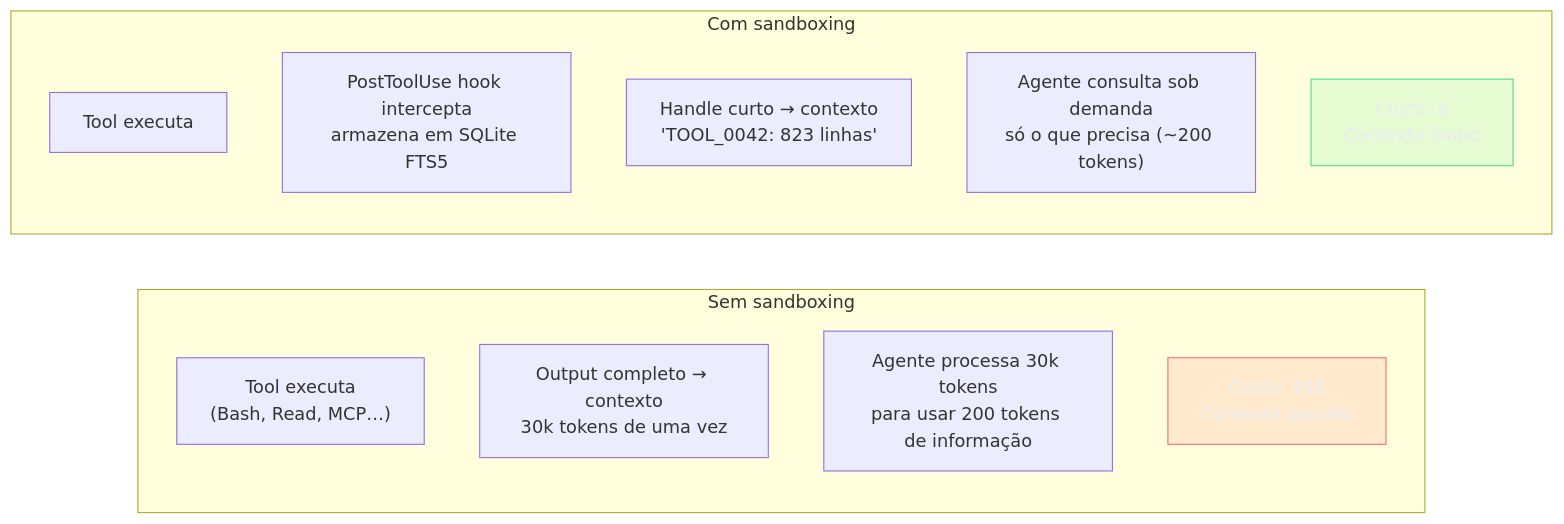
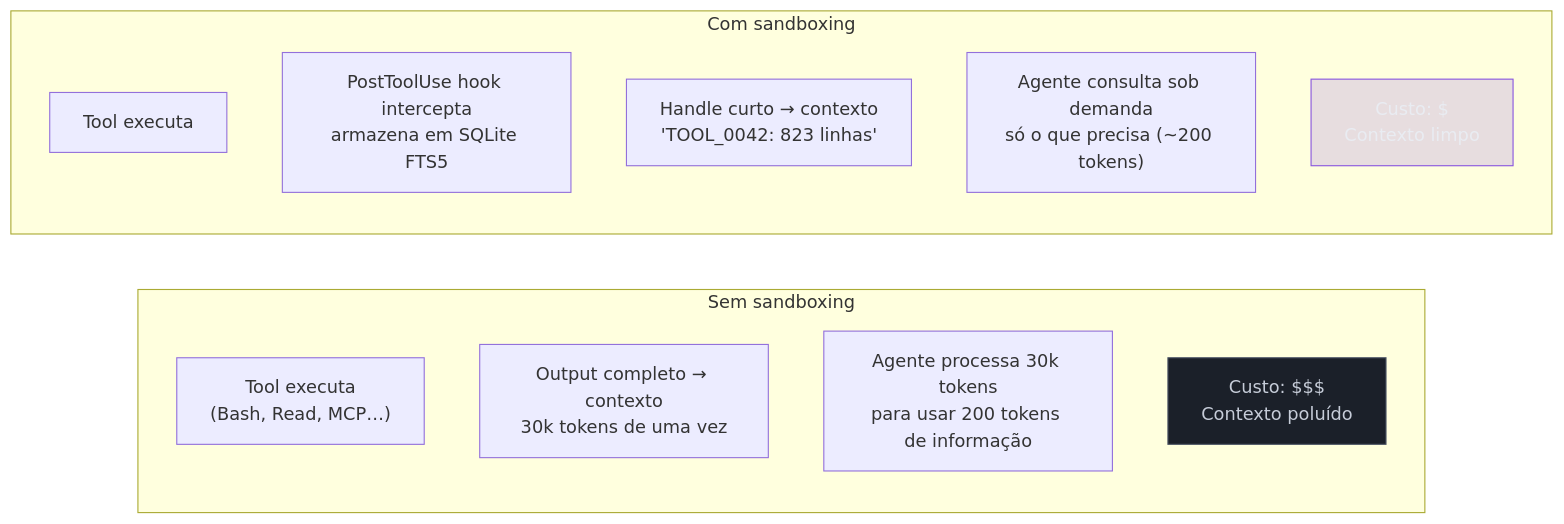
Before and after one commit to josenaldo/codex-technomanticus: the diagram in 03-Dominios/Tecnologia/IA/Claude Code/Workflows/11 - Estratégias estruturais de contexto/02 - Sandboxing de tool output.md, drawn with Mermaid. The commit also changed 601 other files, not shown here.

````diff
--- a/03-Dominios/Tecnologia/IA/Claude Code/Workflows/11 - Estratégias estruturais de contexto/02 - Sandboxing de tool output.md
+++ b/03-Dominios/Tecnologia/IA/Claude Code/Workflows/11 - Estratégias estruturais de contexto/02 - Sandboxing de tool output.md
@@ -36,22 +36,22 @@
 ```mermaid
 flowchart LR
-    classDef falha fill:#FF6B6B24,stroke:#FF6B6B,color:#E9ECF2
-    classDef ok fill:#4ADE8021,stroke:#4ADE80,color:#E9ECF2
+    classDef marca fill:#8855DF33,stroke:#8855DF,color:#E9ECF2
+    classDef neutro fill:#1B2029,stroke:#4E5666,color:#C6CCD8
     subgraph "Sem sandboxing"
         A1["Tool executa\n(Bash, Read, MCP…)"]
         A2["Output completo → contexto\n30k tokens de uma vez"]
         A3["Agente processa 30k tokens\npara usar 200 tokens de informação"]
         A4["Custo: $$$\nContexto poluído"]
     end
 
     subgraph "Com sandboxing"
         B1["Tool executa"]
         B2["PostToolUse hook intercepta\narmazena em SQLite FTS5"]
         B3["Handle curto → contexto\n'TOOL_0042: 823 linhas'"]
         B4["Agente consulta sob demanda\nsó o que precisa (~200 tokens)"]
         B5["Custo: $\nContexto limpo"]
     end
 
-    class A4 falha
-    class B5 ok
+    class A4 neutro
+    class B5 marca
 ```
````
